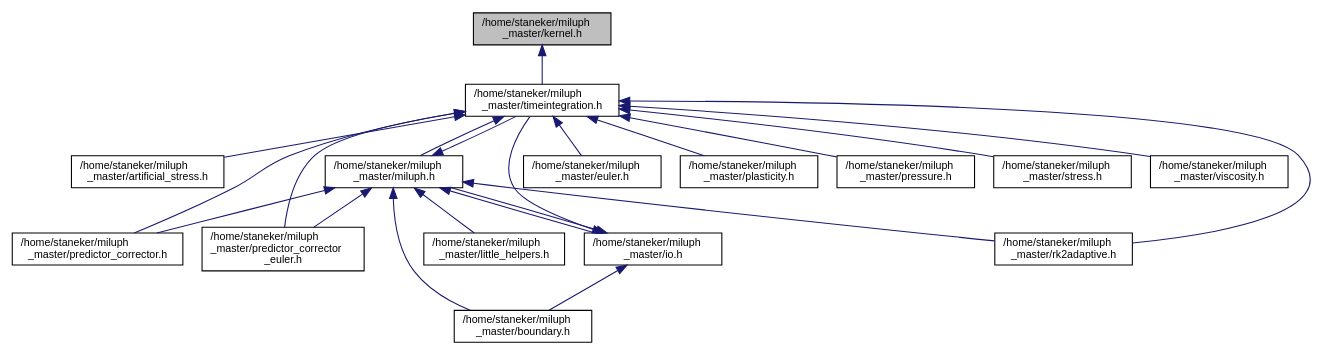
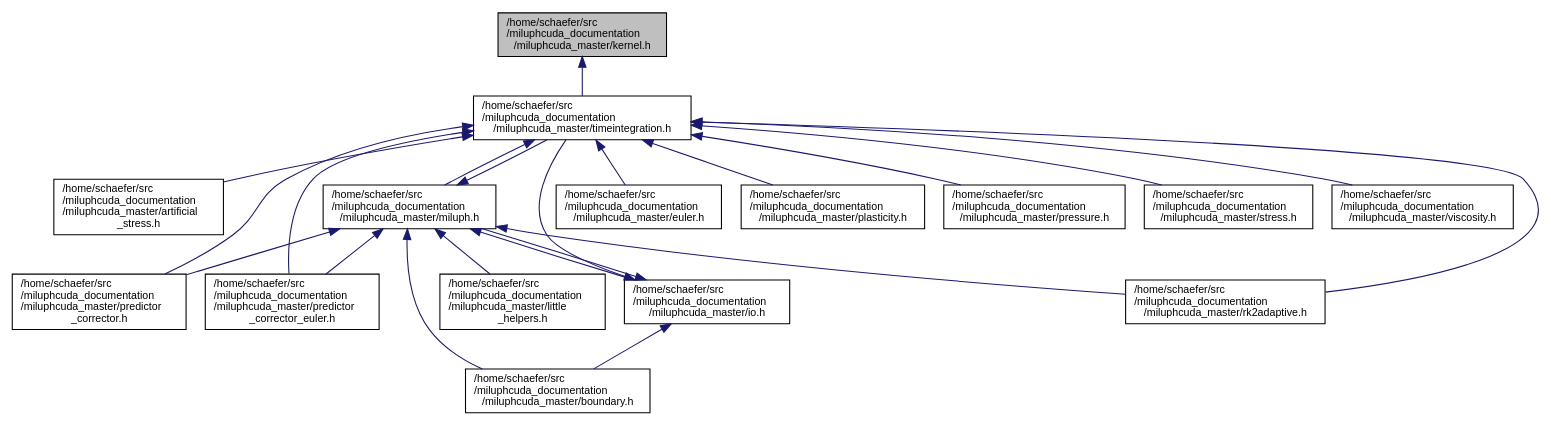
Before and after one commit to christophmschaefer/miluphcuda: the diagram in docs/kernel_8h__dep__incl.dot, drawn with Graphviz. The commit also changed 272 other files, not shown here.

```diff
--- a/docs/kernel_8h__dep__incl.dot
+++ b/docs/kernel_8h__dep__incl.dot
@@ -1,41 +1,41 @@
-digraph "/home/staneker/miluph_master/kernel.h"
+digraph "/home/schaefer/src/miluphcuda_documentation/miluphcuda_master/kernel.h"
 {
   edge [fontname="Helvetica",fontsize="10",labelfontname="Helvetica",labelfontsize="10"];
   node [fontname="Helvetica",fontsize="10",shape=record];
-  Node2 [label="/home/staneker/miluph\l_master/kernel.h",height=0.2,width=0.4,color="black", fillcolor="grey75", style="filled", fontcolor="black"];
+  Node2 [label="/home/schaefer/src\l/miluphcuda_documentation\l/miluphcuda_master/kernel.h",height=0.2,width=0.4,color="black", fillcolor="grey75", style="filled", fontcolor="black"];
   Node2 -> Node3 [dir="back",color="midnightblue",fontsize="10",style="solid",fontname="Helvetica"];
-  Node3 [label="/home/staneker/miluph\l_master/timeintegration.h",height=0.2,width=0.4,color="black", fillcolor="white", style="filled",URL="$timeintegration_8h.html"];
+  Node3 [label="/home/schaefer/src\l/miluphcuda_documentation\l/miluphcuda_master/timeintegration.h",height=0.2,width=0.4,color="black", fillcolor="white", style="filled",URL="$timeintegration_8h.html"];
   Node3 -> Node4 [dir="back",color="midnightblue",fontsize="10",style="solid",fontname="Helvetica"];
-  Node4 [label="/home/staneker/miluph\l_master/artificial_stress.h",height=0.2,width=0.4,color="black", fillcolor="white", style="filled",URL="$artificial__stress_8h.html"];
+  Node4 [label="/home/schaefer/src\l/miluphcuda_documentation\l/miluphcuda_master/artificial\l_stress.h",height=0.2,width=0.4,color="black", fillcolor="white", style="filled",URL="$artificial__stress_8h.html"];
   Node3 -> Node5 [dir="back",color="midnightblue",fontsize="10",style="solid",fontname="Helvetica"];
-  Node5 [label="/home/staneker/miluph\l_master/miluph.h",height=0.2,width=0.4,color="black", fillcolor="white", style="filled",URL="$miluph_8h.html"];
+  Node5 [label="/home/schaefer/src\l/miluphcuda_documentation\l/miluphcuda_master/miluph.h",height=0.2,width=0.4,color="black", fillcolor="white", style="filled",URL="$miluph_8h.html"];
   Node5 -> Node3 [dir="back",color="midnightblue",fontsize="10",style="solid",fontname="Helvetica"];
   Node5 -> Node6 [dir="back",color="midnightblue",fontsize="10",style="solid",fontname="Helvetica"];
-  Node6 [label="/home/staneker/miluph\l_master/io.h",height=0.2,width=0.4,color="black", fillcolor="white", style="filled",URL="$io_8h.html"];
+  Node6 [label="/home/schaefer/src\l/miluphcuda_documentation\l/miluphcuda_master/io.h",height=0.2,width=0.4,color="black", fillcolor="white", style="filled",URL="$io_8h.html"];
   Node6 -> Node5 [dir="back",color="midnightblue",fontsize="10",style="solid",fontname="Helvetica"];
   Node6 -> Node3 [dir="back",color="midnightblue",fontsize="10",style="solid",fontname="Helvetica"];
   Node6 -> Node7 [dir="back",color="midnightblue",fontsize="10",style="solid",fontname="Helvetica"];
-  Node7 [label="/home/staneker/miluph\l_master/boundary.h",height=0.2,width=0.4,color="black", fillcolor="white", style="filled",URL="$boundary_8h.html"];
+  Node7 [label="/home/schaefer/src\l/miluphcuda_documentation\l/miluphcuda_master/boundary.h",height=0.2,width=0.4,color="black", fillcolor="white", style="filled",URL="$boundary_8h.html"];
   Node5 -> Node7 [dir="back",color="midnightblue",fontsize="10",style="solid",fontname="Helvetica"];
   Node5 -> Node8 [dir="back",color="midnightblue",fontsize="10",style="solid",fontname="Helvetica"];
-  Node8 [label="/home/staneker/miluph\l_master/little_helpers.h",height=0.2,width=0.4,color="black", fillcolor="white", style="filled",URL="$little__helpers_8h.html"];
+  Node8 [label="/home/schaefer/src\l/miluphcuda_documentation\l/miluphcuda_master/little\l_helpers.h",height=0.2,width=0.4,color="black", fillcolor="white", style="filled",URL="$little__helpers_8h.html"];
   Node5 -> Node9 [dir="back",color="midnightblue",fontsize="10",style="solid",fontname="Helvetica"];
-  Node9 [label="/home/staneker/miluph\l_master/predictor_corrector.h",height=0.2,width=0.4,color="black", fillcolor="white", style="filled",URL="$predictor__corrector_8h.html"];
+  Node9 [label="/home/schaefer/src\l/miluphcuda_documentation\l/miluphcuda_master/predictor\l_corrector.h",height=0.2,width=0.4,color="black", fillcolor="white", style="filled",URL="$predictor__corrector_8h.html"];
   Node5 -> Node10 [dir="back",color="midnightblue",fontsize="10",style="solid",fontname="Helvetica"];
-  Node10 [label="/home/staneker/miluph\l_master/predictor_corrector\l_euler.h",height=0.2,width=0.4,color="black", fillcolor="white", style="filled",URL="$predictor__corrector__euler_8h.html"];
+  Node10 [label="/home/schaefer/src\l/miluphcuda_documentation\l/miluphcuda_master/predictor\l_corrector_euler.h",height=0.2,width=0.4,color="black", fillcolor="white", style="filled",URL="$predictor__corrector__euler_8h.html"];
   Node5 -> Node11 [dir="back",color="midnightblue",fontsize="10",style="solid",fontname="Helvetica"];
-  Node11 [label="/home/staneker/miluph\l_master/rk2adaptive.h",height=0.2,width=0.4,color="black", fillcolor="white", style="filled",URL="$rk2adaptive_8h.html"];
+  Node11 [label="/home/schaefer/src\l/miluphcuda_documentation\l/miluphcuda_master/rk2adaptive.h",height=0.2,width=0.4,color="black", fillcolor="white", style="filled",URL="$rk2adaptive_8h.html"];
   Node3 -> Node12 [dir="back",color="midnightblue",fontsize="10",style="solid",fontname="Helvetica"];
-  Node12 [label="/home/staneker/miluph\l_master/euler.h",height=0.2,width=0.4,color="black", fillcolor="white", style="filled",URL="$euler_8h.html"];
+  Node12 [label="/home/schaefer/src\l/miluphcuda_documentation\l/miluphcuda_master/euler.h",height=0.2,width=0.4,color="black", fillcolor="white", style="filled",URL="$euler_8h.html"];
   Node3 -> Node13 [dir="back",color="midnightblue",fontsize="10",style="solid",fontname="Helvetica"];
-  Node13 [label="/home/staneker/miluph\l_master/plasticity.h",height=0.2,width=0.4,color="black", fillcolor="white", style="filled",URL="$plasticity_8h.html"];
+  Node13 [label="/home/schaefer/src\l/miluphcuda_documentation\l/miluphcuda_master/plasticity.h",height=0.2,width=0.4,color="black", fillcolor="white", style="filled",URL="$plasticity_8h.html"];
   Node3 -> Node9 [dir="back",color="midnightblue",fontsize="10",style="solid",fontname="Helvetica"];
   Node3 -> Node10 [dir="back",color="midnightblue",fontsize="10",style="solid",fontname="Helvetica"];
   Node3 -> Node14 [dir="back",color="midnightblue",fontsize="10",style="solid",fontname="Helvetica"];
-  Node14 [label="/home/staneker/miluph\l_master/pressure.h",height=0.2,width=0.4,color="black", fillcolor="white", style="filled",URL="$pressure_8h.html"];
+  Node14 [label="/home/schaefer/src\l/miluphcuda_documentation\l/miluphcuda_master/pressure.h",height=0.2,width=0.4,color="black", fillcolor="white", style="filled",URL="$pressure_8h.html"];
   Node3 -> Node11 [dir="back",color="midnightblue",fontsize="10",style="solid",fontname="Helvetica"];
   Node3 -> Node15 [dir="back",color="midnightblue",fontsize="10",style="solid",fontname="Helvetica"];
-  Node15 [label="/home/staneker/miluph\l_master/stress.h",height=0.2,width=0.4,color="black", fillcolor="white", style="filled",URL="$stress_8h.html"];
+  Node15 [label="/home/schaefer/src\l/miluphcuda_documentation\l/miluphcuda_master/stress.h",height=0.2,width=0.4,color="black", fillcolor="white", style="filled",URL="$stress_8h.html"];
   Node3 -> Node16 [dir="back",color="midnightblue",fontsize="10",style="solid",fontname="Helvetica"];
-  Node16 [label="/home/staneker/miluph\l_master/viscosity.h",height=0.2,width=0.4,color="black", fillcolor="white", style="filled",URL="$viscosity_8h.html"];
+  Node16 [label="/home/schaefer/src\l/miluphcuda_documentation\l/miluphcuda_master/viscosity.h",height=0.2,width=0.4,color="black", fillcolor="white", style="filled",URL="$viscosity_8h.html"];
 }
```
